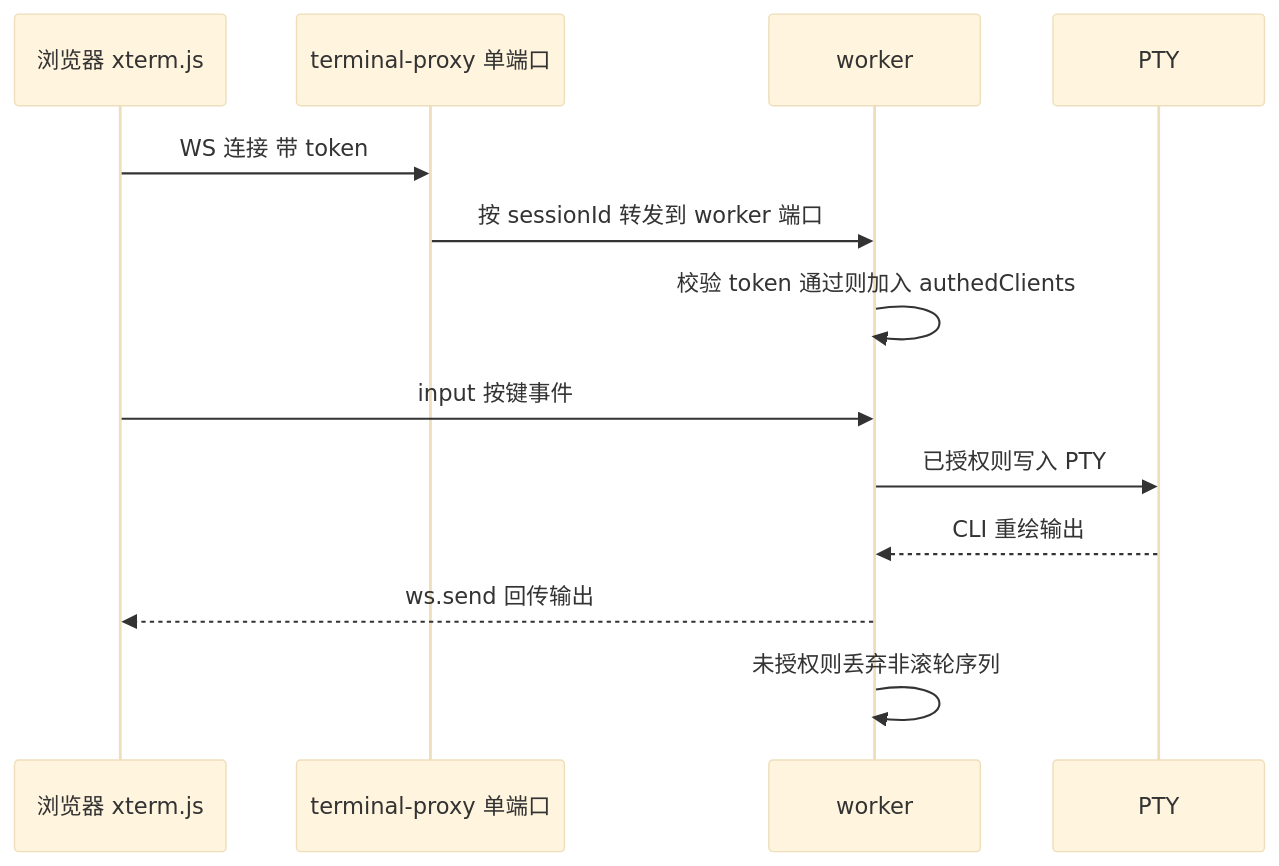
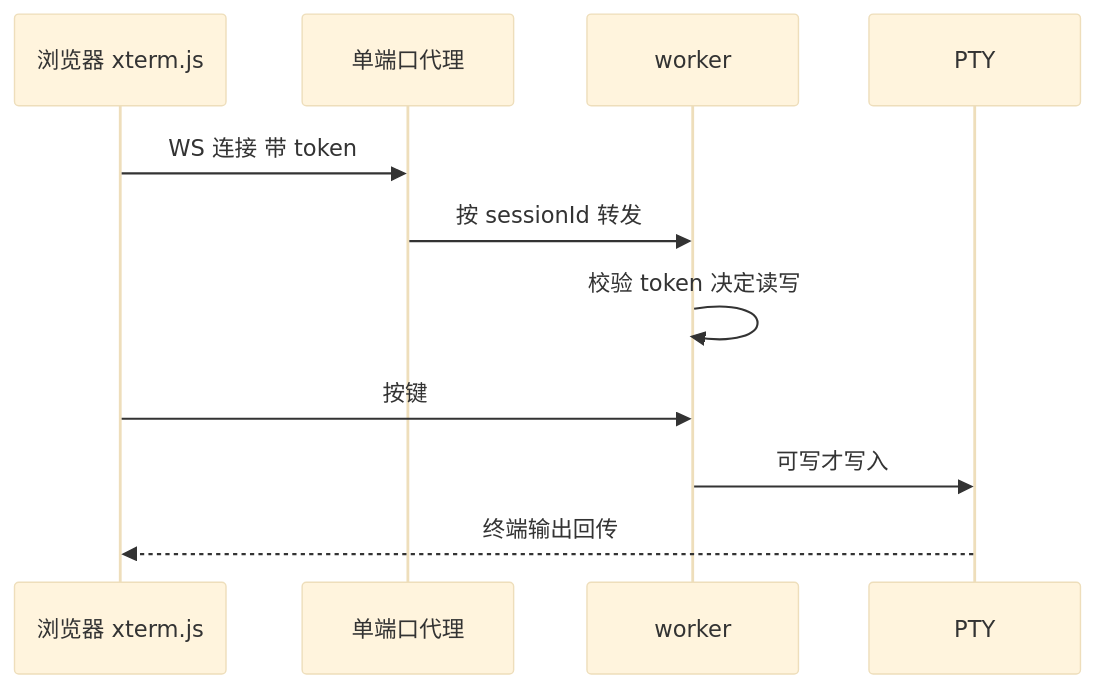
The sixth of 8 diagrams in book/05-botmux.md (diguike/book-source-reading), drawn with Mermaid (base theme) before and after one commit. The commit also changed other lines of this file and 14 other files, not shown here.

````diff
--- a/book/05-botmux.md
+++ b/book/05-botmux.md
@@ -659,15 +459,13 @@
 ```mermaid
 sequenceDiagram
     participant Br as 浏览器 xterm.js
-    participant Px as terminal-proxy 单端口
+    participant Px as 单端口代理
     participant W as worker
     participant P as PTY
     Br->>Px: WS 连接 带 token
-    Px->>W: 按 sessionId 转发到 worker 端口
-    W->>W: 校验 token 通过则加入 authedClients
-    Br->>W: input 按键事件
-    W->>P: 已授权则写入 PTY
-    P-->>W: CLI 重绘输出
-    W-->>Br: ws.send 回传输出
-    W->>W: 未授权则丢弃非滚轮序列
+    Px->>W: 按 sessionId 转发
+    W->>W: 校验 token 决定读写
+    Br->>W: 按键
+    W->>P: 可写才写入
+    P-->>Br: 终端输出回传
 ```
````
